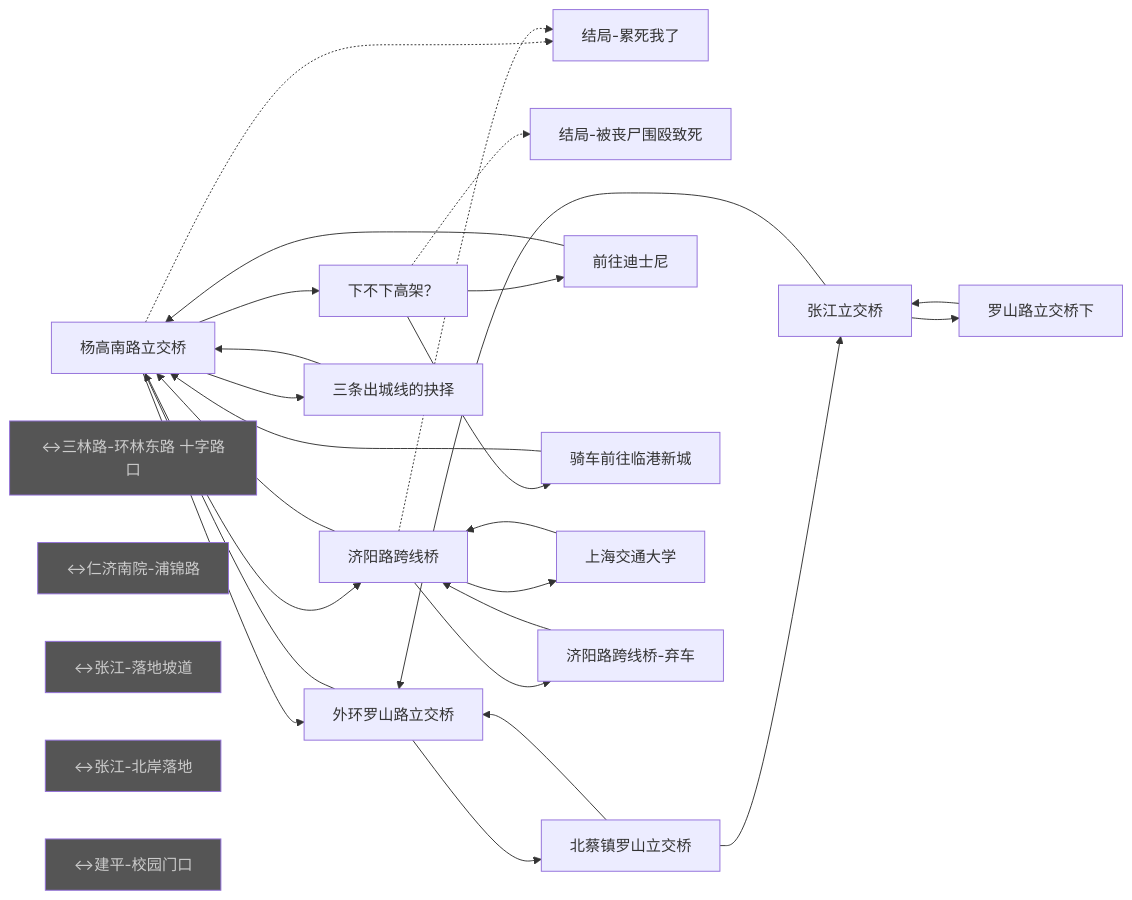
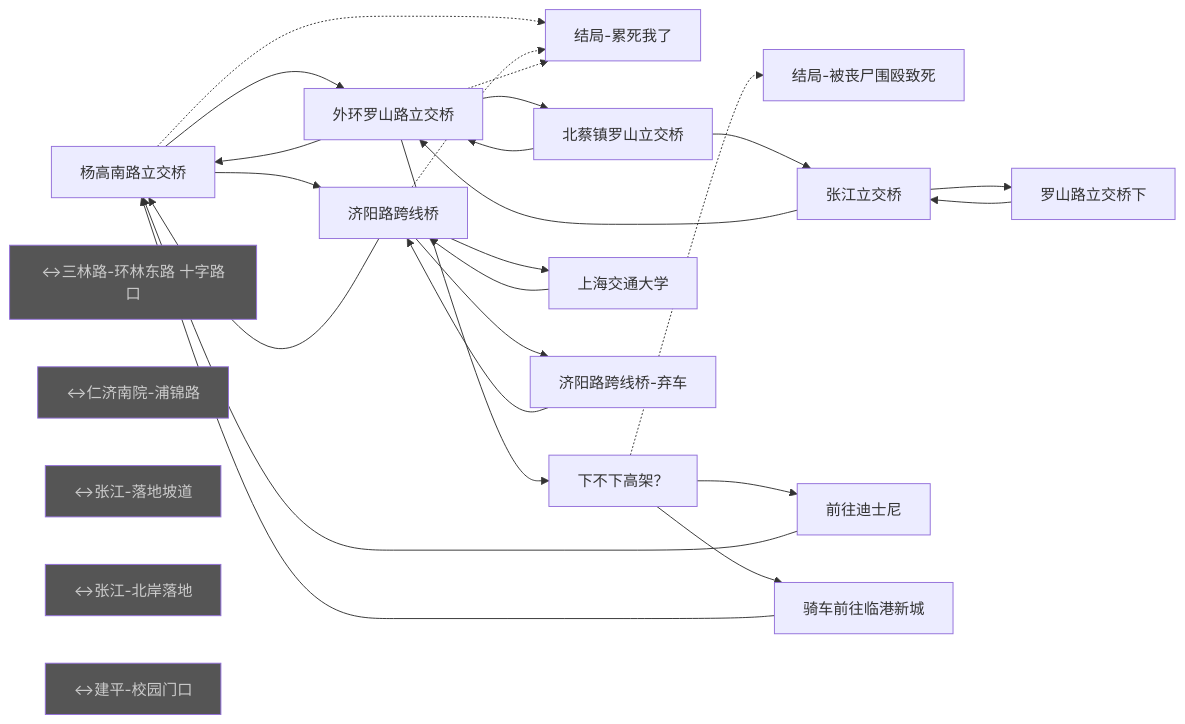
One commit to bobomymz/Plot-Game changed diagram 20 of 24 in tools/graph-report/总览.md. Above: the diagram before and after it, drawn with Mermaid. The commit also changed other lines of this file and 25 other files, not shown here.

````diff
--- a/tools/graph-report/总览.md
+++ b/tools/graph-report/总览.md
@@ -3777,47 +3818,45 @@
 ```mermaid
 flowchart LR
   n0["杨高南路立交桥"]
   n1["结局-累死我了"]
   n2["下不下高架？"]
   n3["结局-被丧尸围殴致死"]
   n4["济阳路跨线桥"]
   n5["外环罗山路立交桥"]
   n6["北蔡镇罗山立交桥"]
   n7["张江立交桥"]
   n8["罗山路立交桥下"]
   n9["前往迪士尼"]
   n10["骑车前往临港新城"]
-  n11["三条出城线的抉择"]
-  n12["上海交通大学"]
-  n13["济阳路跨线桥-弃车"]
-  n14["↔三林路-环林东路 十字路口"]:::ext
-  n15["↔仁济南院-浦锦路"]:::ext
-  n16["↔张江-落地坡道"]:::ext
-  n17["↔张江-北岸落地"]:::ext
-  n18["↔建平-校园门口"]:::ext
-  n0 --> n2
+  n11["上海交通大学"]
+  n12["济阳路跨线桥-弃车"]
+  n13["↔三林路-环林东路 十字路口"]:::ext
+  n14["↔仁济南院-浦锦路"]:::ext
+  n15["↔张江-落地坡道"]:::ext
+  n16["↔张江-北岸落地"]:::ext
+  n17["↔建平-校园门口"]:::ext
+  n0 --> n4
   n0 -.-> n1
-  n0 --> n11
-  n0 --> n4
   n0 --> n5
   n2 --> n9
   n2 --> n10
   n2 -.-> n3
-  n4 --> n13
+  n4 --> n12
   n4 -.-> n1
-  n4 --> n12
+  n4 --> n11
   n4 --> n0
   n5 --> n6
+  n5 --> n2
+  n5 -.-> n1
   n5 --> n0
   n6 --> n7
   n6 --> n5
   n7 --> n8
   n7 --> n5
   n8 --> n7
   n9 --> n0
   n10 --> n0
-  n11 --> n0
+  n11 --> n4
   n12 --> n4
-  n13 --> n4
   classDef ext fill:#555,color:#ccc;
 ```
````
